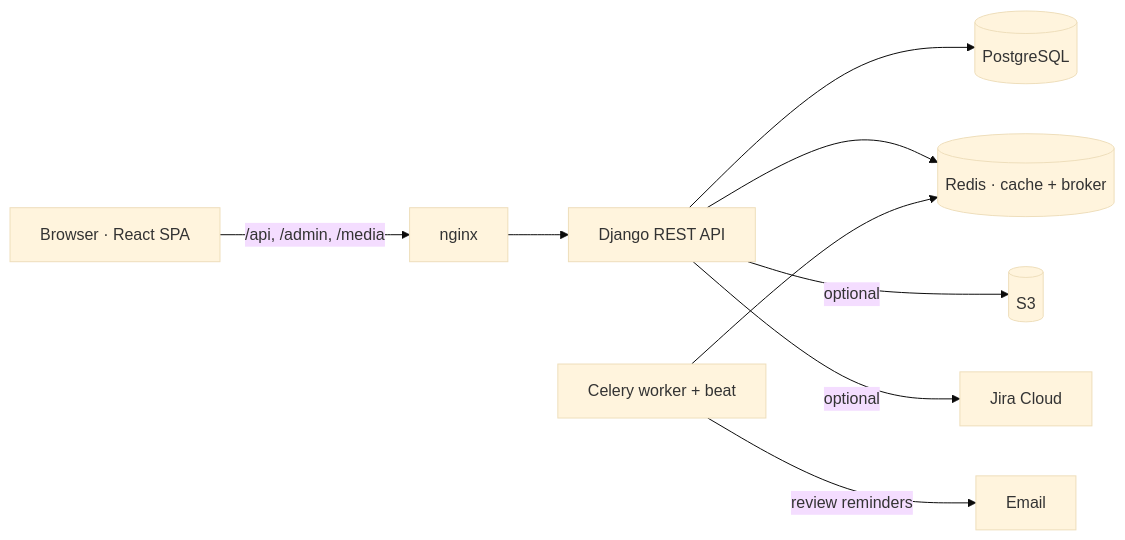
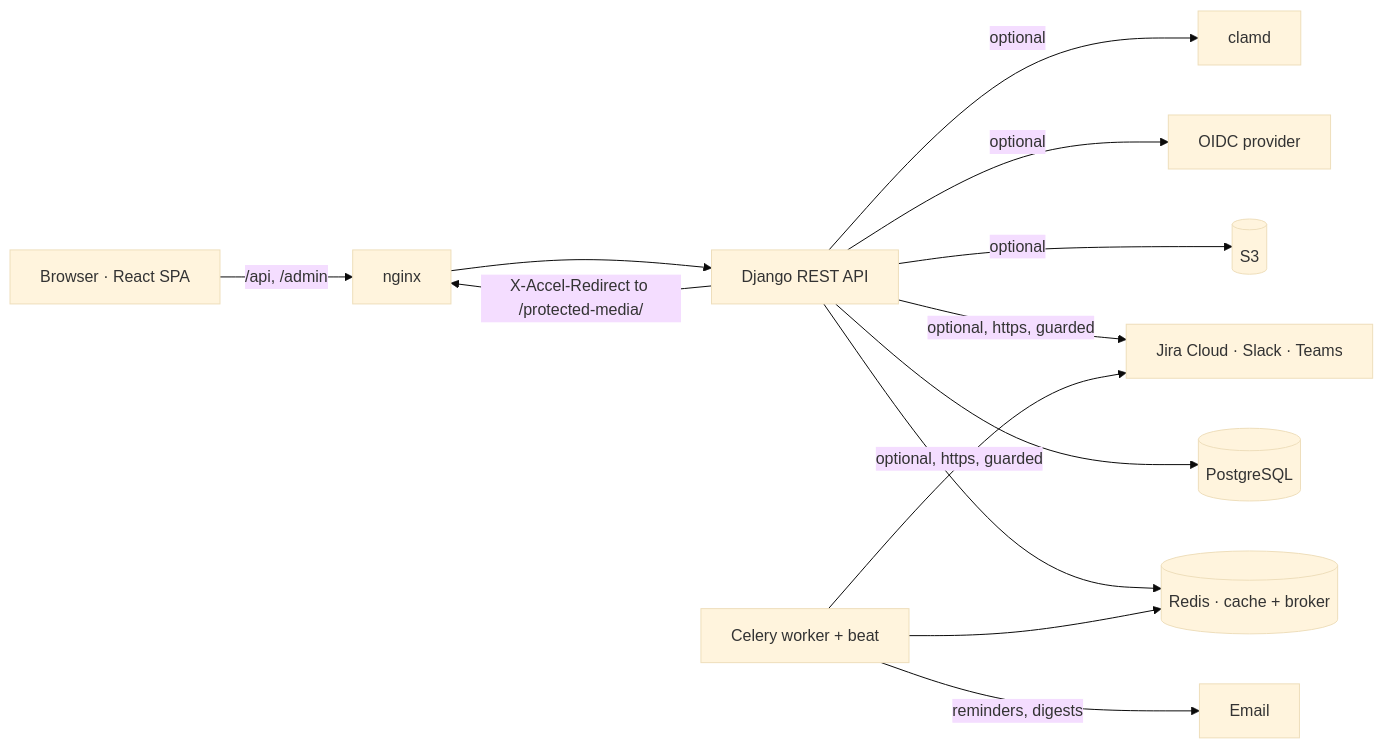
Before and after one commit to dboudreau00/Conformiti: the diagram in README.md, drawn with Mermaid (base theme). The commit also changed other lines of this file and 55 other files, not shown here.

````diff
--- a/README.md
+++ b/README.md
@@ -950,11 +1081,14 @@
 ```mermaid
 flowchart LR
-    U[Browser · React SPA] -->|/api, /admin, /media| N[nginx]
+    U[Browser · React SPA] -->|/api, /admin| N[nginx]
     N --> A[Django REST API]
+    A -->|X-Accel-Redirect to /protected-media/| N
     A --> P[(PostgreSQL)]
     A --> R[(Redis · cache + broker)]
     W[Celery worker + beat] --> R
-    W -->|review reminders| M[Email]
+    W -->|reminders, digests| M[Email]
     A -->|optional| S[(S3)]
-    A -->|optional| J[Jira Cloud]
+    A & W -->|optional, https, guarded| H[Jira Cloud · Slack · Teams]
+    A -->|optional| I[OIDC provider]
+    A -->|optional| C[clamd]
 ```
````
